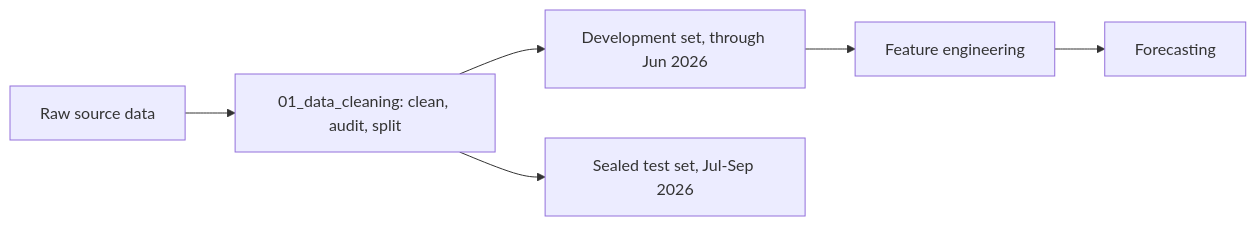
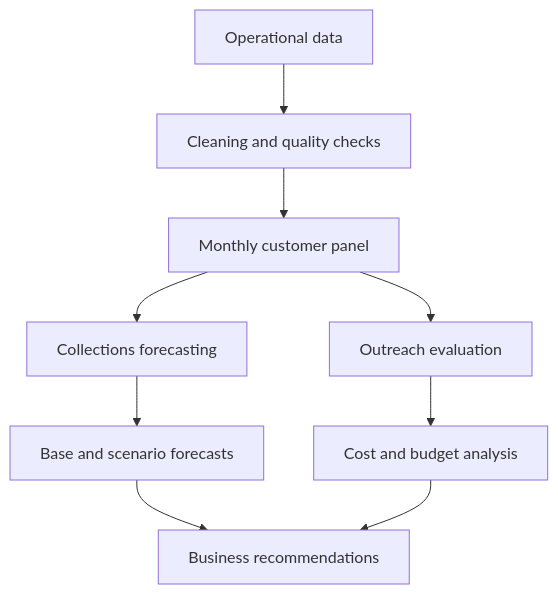
One commit to Kinjuriu/ForecastingDebtCollections changed the diagram in README.md. Above: the diagram before and after it, drawn with Mermaid. The commit also changed other lines of this file, not shown here.

````diff
--- a/README.md
+++ b/README.md
@@ -15,8 +62,11 @@
 ```mermaid
-flowchart LR
-    A[Raw source data] --> B[01_data_cleaning: clean, audit, split]
-    B --> C[Development set, through Jun 2026]
-    B --> D[Sealed test set, Jul-Sep 2026]
-    C --> E[Feature engineering]
-    E --> F[Forecasting]
+flowchart TD
+    A[Operational data] --> B[Cleaning and quality checks]
+    B --> C[Monthly customer panel]
+    C --> D[Collections forecasting]
+    C --> E[Outreach evaluation]
+    D --> F[Base and scenario forecasts]
+    E --> G[Cost and budget analysis]
+    F --> H[Business recommendations]
+    G --> H
 ```
````
